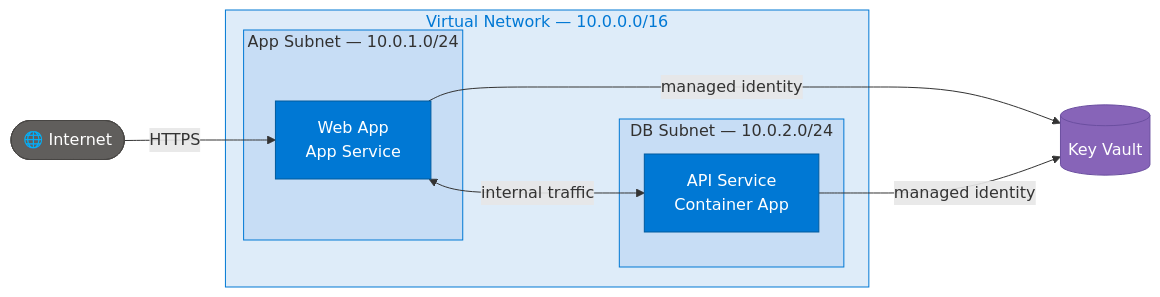
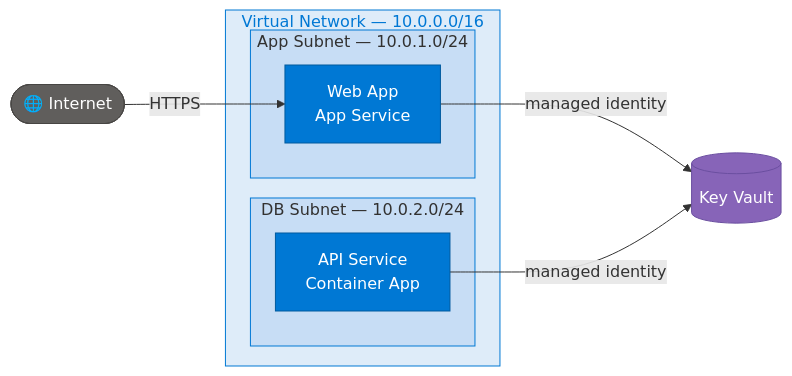
The diagram in architecture.md (pulumi-csa/context-api-example), drawn with Mermaid before and after one commit.

````diff
--- a/architecture.md
+++ b/architecture.md
@@ -1,28 +1,27 @@
 ```mermaid
 graph LR
     Internet(["🌐 Internet"]):::external
 
     subgraph VNet["Virtual Network — 10.0.0.0/16"]
         subgraph AppSubnet["App Subnet — 10.0.1.0/24"]
             WebApp["Web App\nApp Service"]:::compute
         end
         subgraph DbSubnet["DB Subnet — 10.0.2.0/24"]
             CA["API Service\nContainer App"]:::compute
         end
     end
 
     KV[("Key Vault")]:::secrets
 
     Internet -->|HTTPS| WebApp
-    WebApp <-->|internal traffic| CA
     WebApp -->|managed identity| KV
     CA -->|managed identity| KV
 
     classDef compute fill:#0078d4,stroke:#005a9e,color:#fff
     classDef secrets fill:#8764b8,stroke:#6b4fa0,color:#fff
     classDef external fill:#605e5c,stroke:#484644,color:#fff
 
     style VNet fill:#deecf9,stroke:#0078d4,color:#0078d4
     style AppSubnet fill:#c7ddf5,stroke:#0078d4,color:#323130
     style DbSubnet fill:#c7ddf5,stroke:#0078d4,color:#323130
 ```
````
